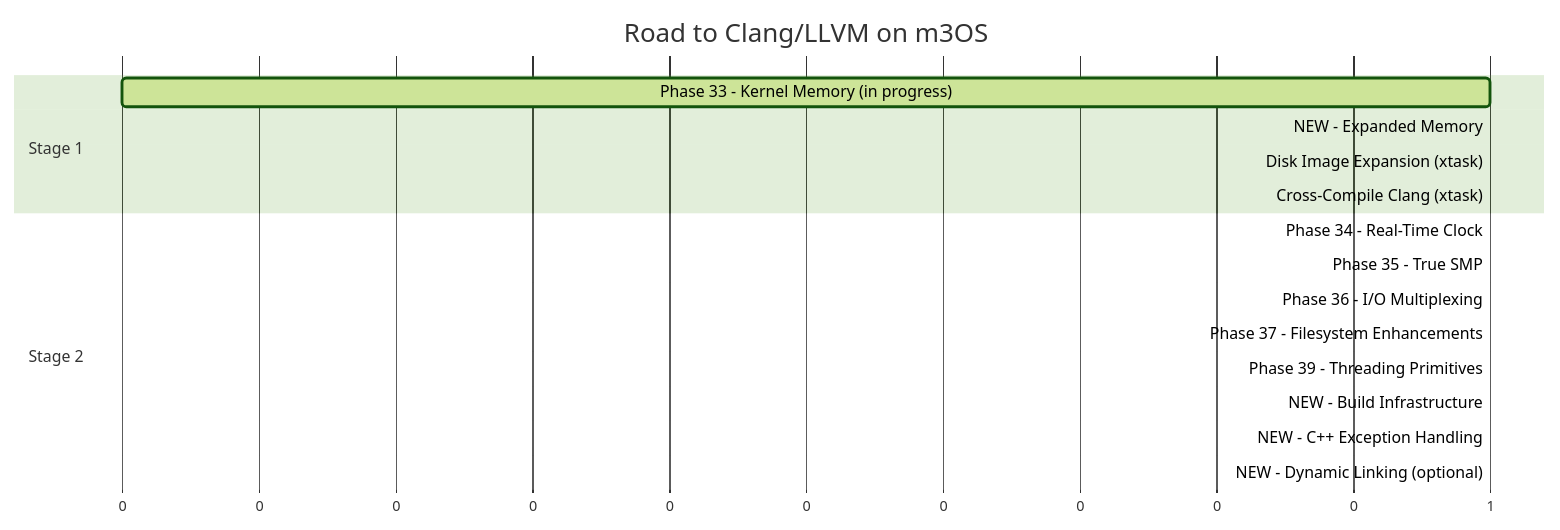
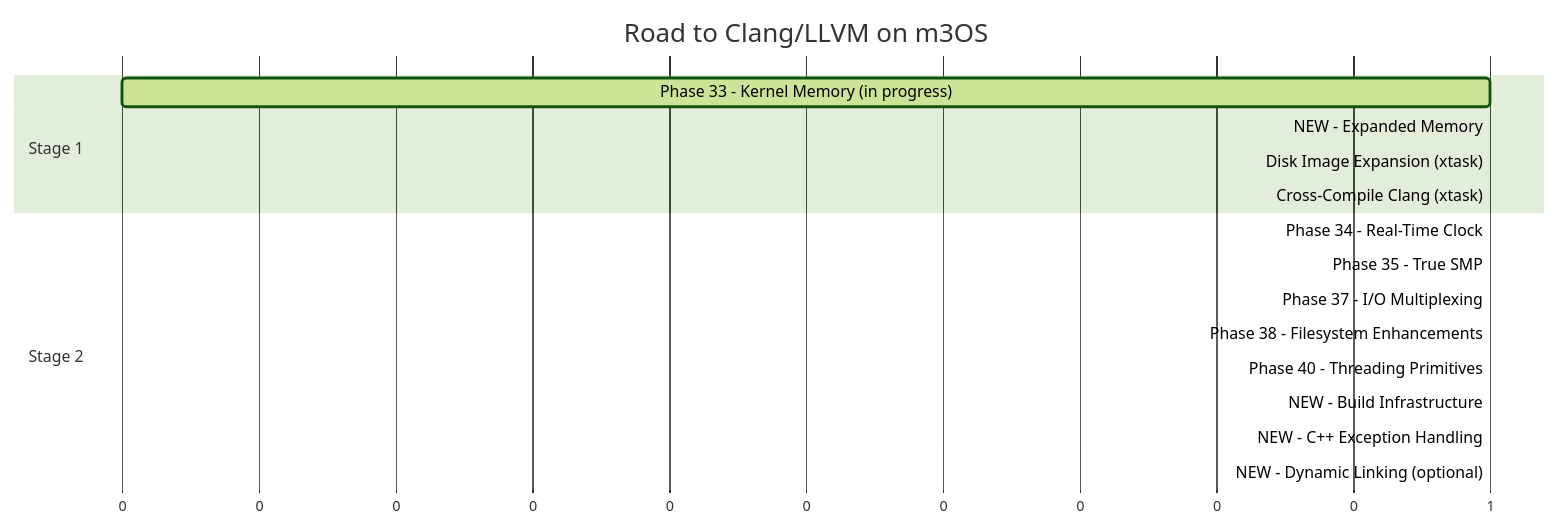
One commit to mikecubed/m3OS changed the sixth of 6 diagrams in docs/clang-llvm-roadmap.md. Above: the diagram before and after it, drawn with Mermaid (forest theme). The commit also changed other lines of this file and 34 other files, not shown here.

````diff
--- a/docs/clang-llvm-roadmap.md
+++ b/docs/clang-llvm-roadmap.md
@@ -566,22 +566,22 @@
 ```mermaid
 gantt
     title Road to Clang/LLVM on m3OS
     dateFormat X
     axisFormat %s
 
     section Stage 1
     Phase 33 - Kernel Memory (in progress)     :active, p33, 0, 1
     NEW - Expanded Memory                      :crit, em, after p33, 1
     Disk Image Expansion (xtask)               :di, after em, 1
     Cross-Compile Clang (xtask)                :cc, after di, 1
 
     section Stage 2
     Phase 34 - Real-Time Clock                 :p34, after cc, 1
     Phase 35 - True SMP                        :p35, after cc, 1
-    Phase 36 - I/O Multiplexing                :p36, after p35, 1
-    Phase 37 - Filesystem Enhancements         :p37, after cc, 1
-    Phase 39 - Threading Primitives            :p39, after p35, 1
+    Phase 37 - I/O Multiplexing                :p36, after p35, 1
+    Phase 38 - Filesystem Enhancements         :p37, after cc, 1
+    Phase 40 - Threading Primitives            :p39, after p35, 1
     NEW - Build Infrastructure                 :crit, bi, after p39, 1
     NEW - C++ Exception Handling               :crit, eh, after bi, 1
     NEW - Dynamic Linking (optional)           :done, dl, after eh, 1
 ```
````
